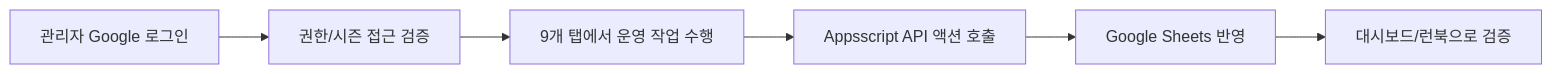
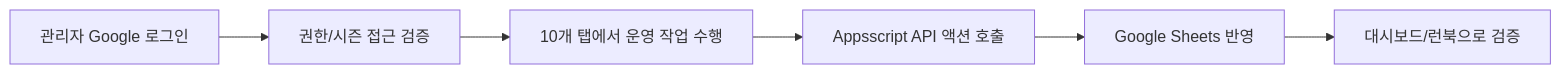
Before and after one commit to cloud-club/CloudClubAttendanceSystem: the diagram in docs/Wiki/02_Admin_Side_Guide.md, drawn with Mermaid. The commit also changed other lines of this file and 6 other files, not shown here.

````diff
--- a/docs/Wiki/02_Admin_Side_Guide.md
+++ b/docs/Wiki/02_Admin_Side_Guide.md
@@ -6,8 +6,8 @@
 ```mermaid
 flowchart LR
   A["관리자 Google 로그인"] --> B["권한/시즌 접근 검증"]
-  B --> C["9개 탭에서 운영 작업 수행"]
+  B --> C["10개 탭에서 운영 작업 수행"]
   C --> D["Appsscript API 액션 호출"]
   D --> E["Google Sheets 반영"]
   E --> F["대시보드/런북으로 검증"]
 ```
````
